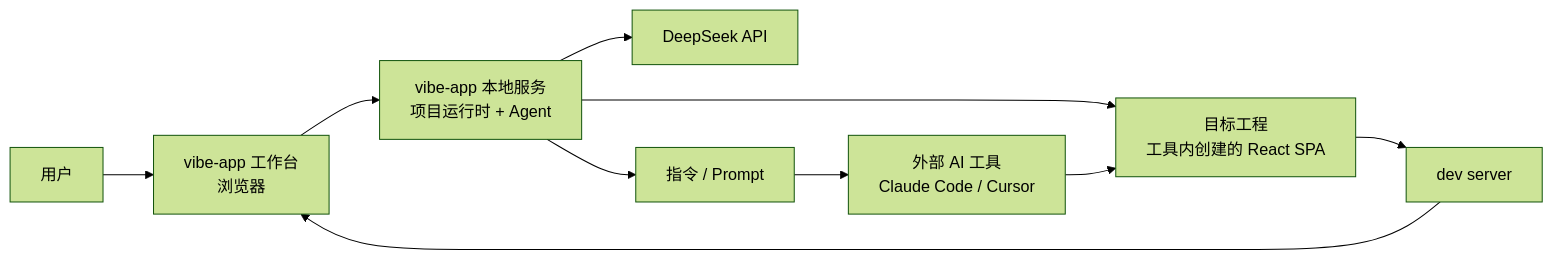
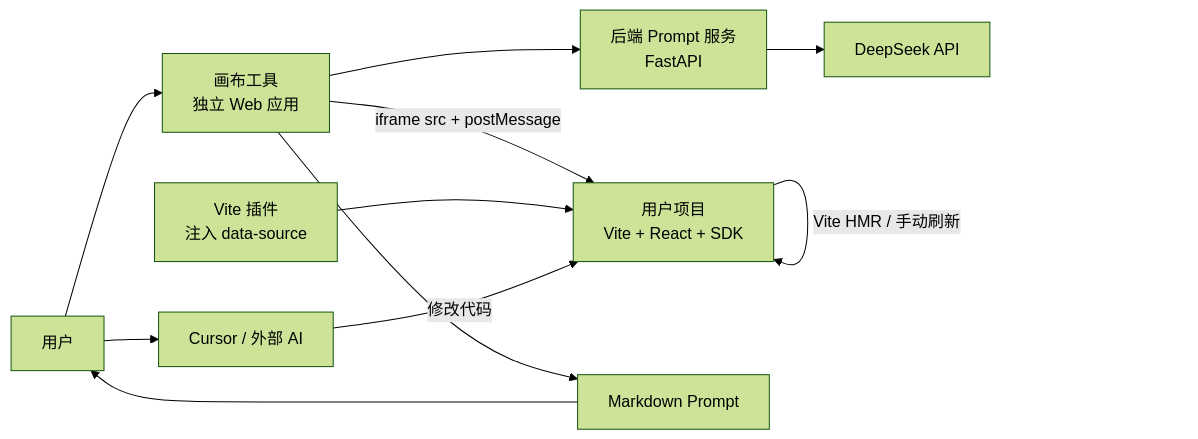
One commit to Cai199999/vibe-app changed the first of 5 diagrams in docs/design/01.功能模块梳理.md. Above: the diagram before and after it, drawn with Mermaid (forest theme). The commit also changed other lines of this file and 4 other files, not shown here.

````diff
--- a/docs/design/01.功能模块梳理.md
+++ b/docs/design/01.功能模块梳理.md
@@ -47,12 +65,13 @@
 ```mermaid
 flowchart LR
-    U["用户"] --> WEB["vibe-app 工作台<br/>浏览器"]
-    WEB --> LOCAL["vibe-app 本地服务<br/>项目运行时 + Agent"]
-    LOCAL --> DS["DeepSeek API"]
-    LOCAL --> TARGET["目标工程<br/>工具内创建的 React SPA"]
-    LOCAL --> HANDOFF["指令 / Prompt"]
-    HANDOFF --> EXT["外部 AI 工具<br/>Claude Code / Cursor"]
-    EXT --> TARGET
-    TARGET --> DEV["dev server"]
-    DEV --> WEB
+    U["用户"] --> HOST["画布工具<br/>独立 Web 应用"]
+    HOST -->|"iframe src + postMessage"| APP["用户项目<br/>Vite + React + SDK"]
+    PLUGIN["Vite 插件<br/>注入 data-source"] --> APP
+    HOST --> API["后端 Prompt 服务<br/>FastAPI"]
+    API --> DS["DeepSeek API"]
+    HOST --> PROMPT["Markdown Prompt"]
+    PROMPT --> U
+    U --> CURSOR["Cursor / 外部 AI"]
+    CURSOR -->|"修改代码"| APP
+    APP -->|"Vite HMR / 手动刷新"| APP
 ```
````
